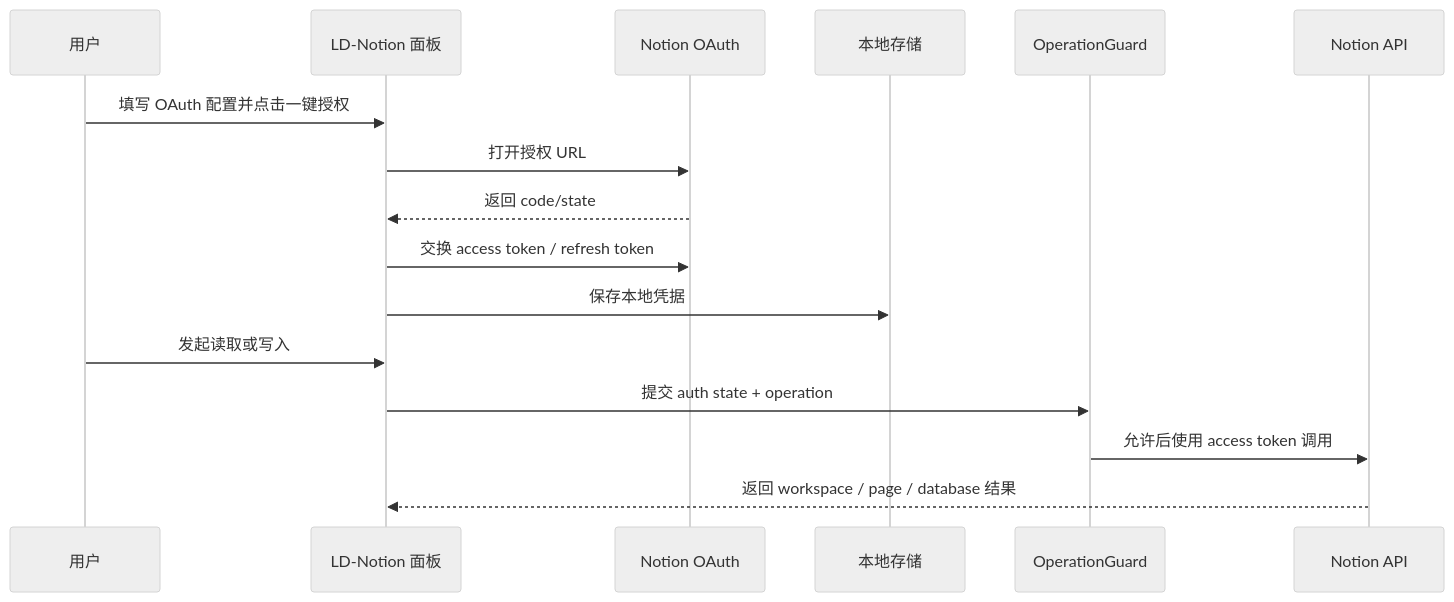
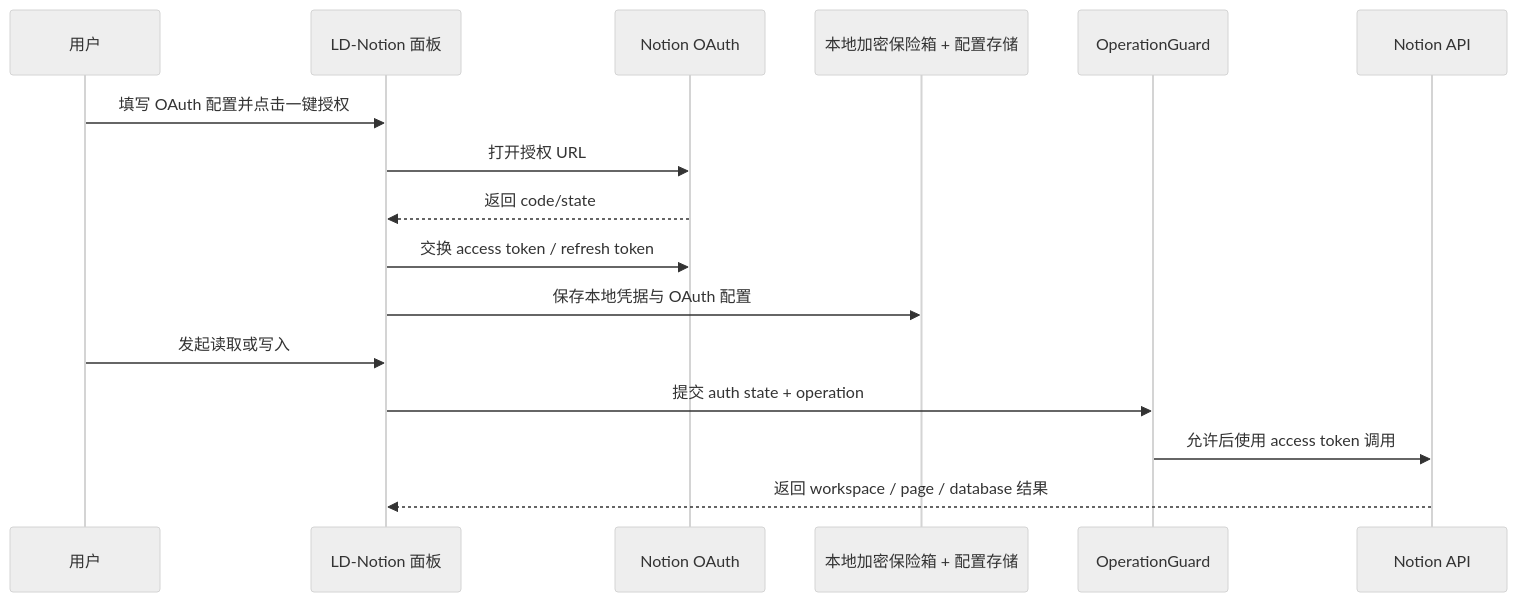
The diagram in docs/concepts/auth-model.md (Smith-106/LD-Notion), drawn with Mermaid (neutral theme) before and after one commit. The commit also changed other lines of this file and 12 other files, not shown here.

````diff
--- a/docs/concepts/auth-model.md
+++ b/docs/concepts/auth-model.md
@@ -32,19 +32,19 @@
 ```mermaid
 sequenceDiagram
   participant User as 用户
   participant Panel as LD-Notion 面板
   participant NotionOAuth as Notion OAuth
-  participant Store as 本地存储
+  participant Store as 本地加密保险箱 + 配置存储
   participant Guard as OperationGuard
   participant API as Notion API
 
   User->>Panel: 填写 OAuth 配置并点击一键授权
   Panel->>NotionOAuth: 打开授权 URL
   NotionOAuth-->>Panel: 返回 code/state
   Panel->>NotionOAuth: 交换 access token / refresh token
-  Panel->>Store: 保存本地凭据
+  Panel->>Store: 保存本地凭据与 OAuth 配置
   User->>Panel: 发起读取或写入
   Panel->>Guard: 提交 auth state + operation
   Guard->>API: 允许后使用 access token 调用
   API-->>Panel: 返回 workspace / page / database 结果
 ```
````
